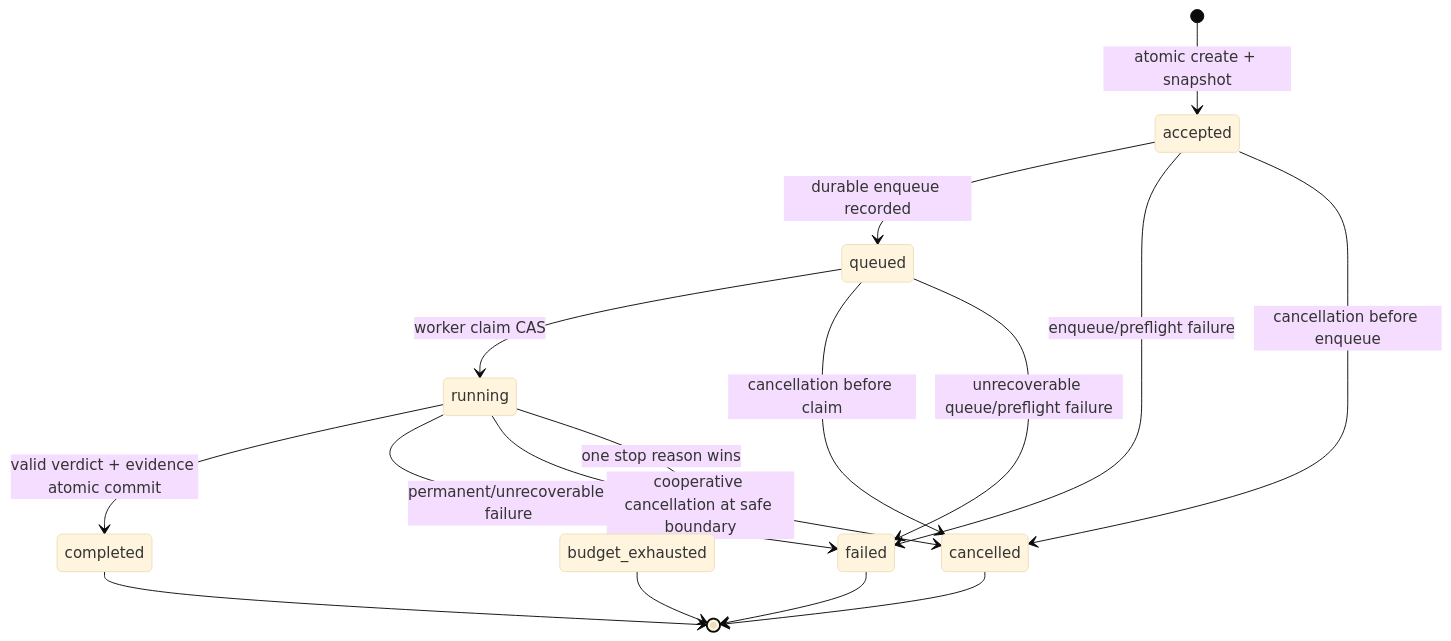
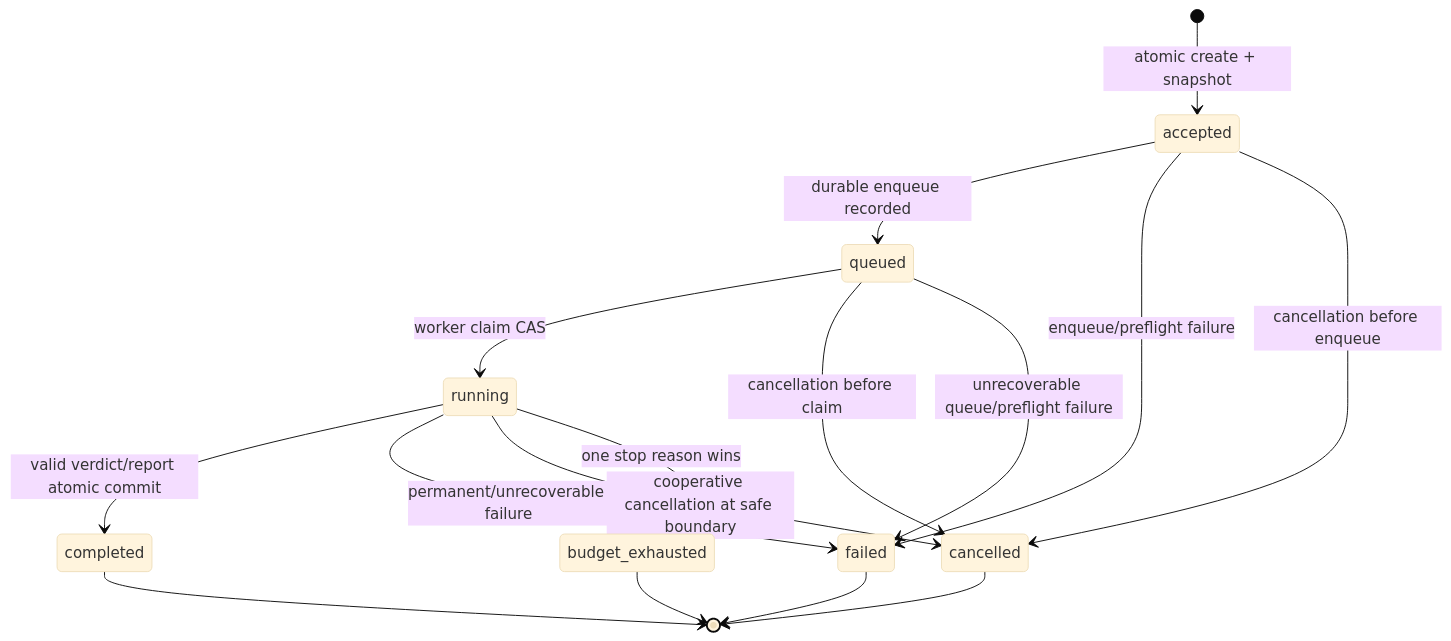
One commit to DATN-K23/harness changed the seventh of 7 diagrams in blueprint/architecture/sequences.md. Above: the diagram before and after it, drawn with Mermaid (base theme). The commit also changed other lines of this file and 4 other files, not shown here.

Commit message:
docs(blueprint): standardize core identity, tech stack, and architectural sequences

````diff
--- a/blueprint/architecture/sequences.md
+++ b/blueprint/architecture/sequences.md
@@ -216,18 +210,18 @@
 ```mermaid
 stateDiagram-v2
   [*] --> accepted: atomic create + snapshot
   accepted --> queued: durable enqueue recorded
   accepted --> failed: enqueue/preflight failure
   accepted --> cancelled: cancellation before enqueue
   queued --> running: worker claim CAS
   queued --> cancelled: cancellation before claim
   queued --> failed: unrecoverable queue/preflight failure
-  running --> completed: valid verdict + evidence atomic commit
+  running --> completed: valid verdict/report atomic commit
   running --> failed: permanent/unrecoverable failure
   running --> cancelled: cooperative cancellation at safe boundary
   running --> budget_exhausted: one stop reason wins
   completed --> [*]
   failed --> [*]
   cancelled --> [*]
   budget_exhausted --> [*]
 ```
````
